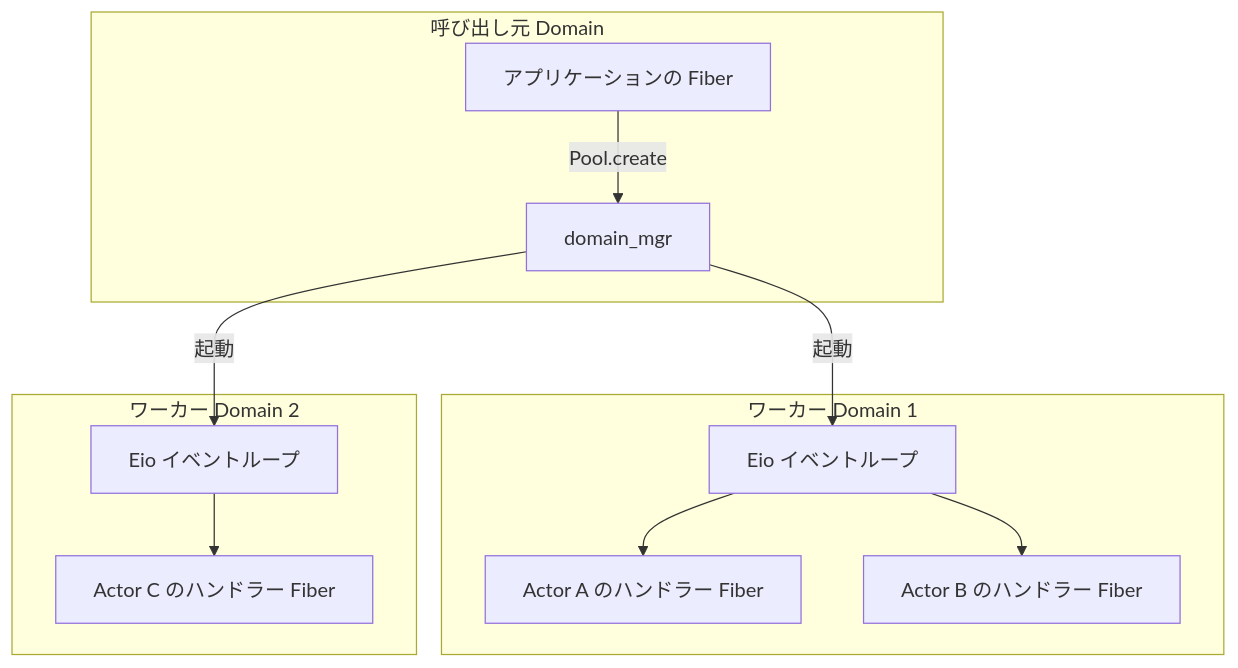
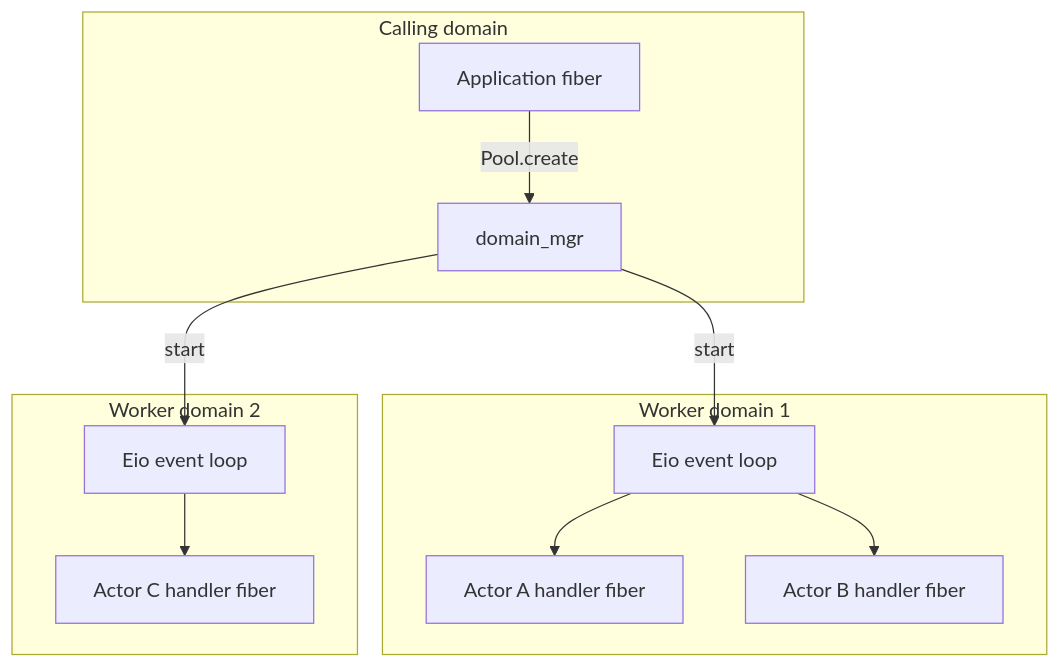
Before and after one commit to 45deg/acterious: the first of 3 diagrams in README.md, drawn with Mermaid. The commit also changed other lines of this file and 4 other files, not shown here.

````diff
--- a/README.md
+++ b/README.md
@@ -55,22 +59,22 @@
 ```mermaid
 flowchart TB
-    subgraph Caller["呼び出し元 Domain"]
-        App["アプリケーションの Fiber"]
+    subgraph Caller["Calling domain"]
+        App["Application fiber"]
         Manager["domain_mgr"]
     end
     App -->|Pool.create| Manager
-    Manager -->|起動| Loop1
-    Manager -->|起動| Loop2
-    subgraph D1["ワーカー Domain 1"]
-        Loop1["Eio イベントループ"]
-        A["Actor A のハンドラー Fiber"]
-        B["Actor B のハンドラー Fiber"]
+    Manager -->|start| Loop1
+    Manager -->|start| Loop2
+    subgraph D1["Worker domain 1"]
+        Loop1["Eio event loop"]
+        A["Actor A handler fiber"]
+        B["Actor B handler fiber"]
         Loop1 --> A
         Loop1 --> B
     end
-    subgraph D2["ワーカー Domain 2"]
-        Loop2["Eio イベントループ"]
-        C["Actor C のハンドラー Fiber"]
+    subgraph D2["Worker domain 2"]
+        Loop2["Eio event loop"]
+        C["Actor C handler fiber"]
         Loop2 --> C
     end
 ```
````
